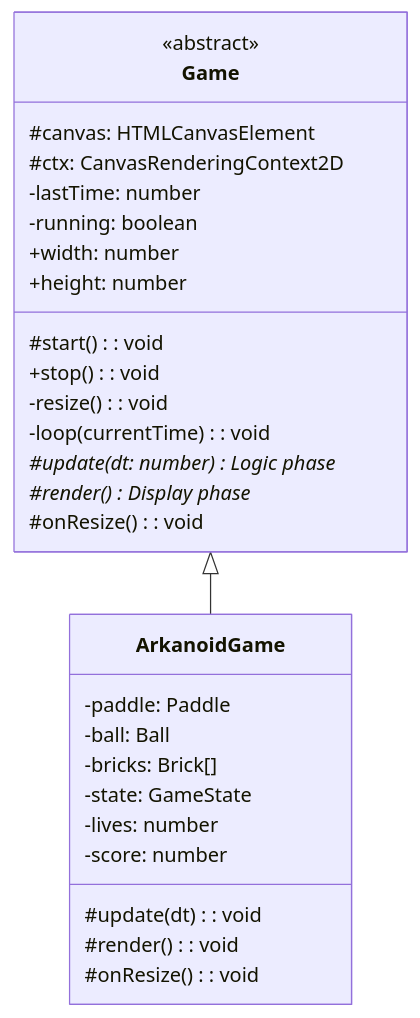
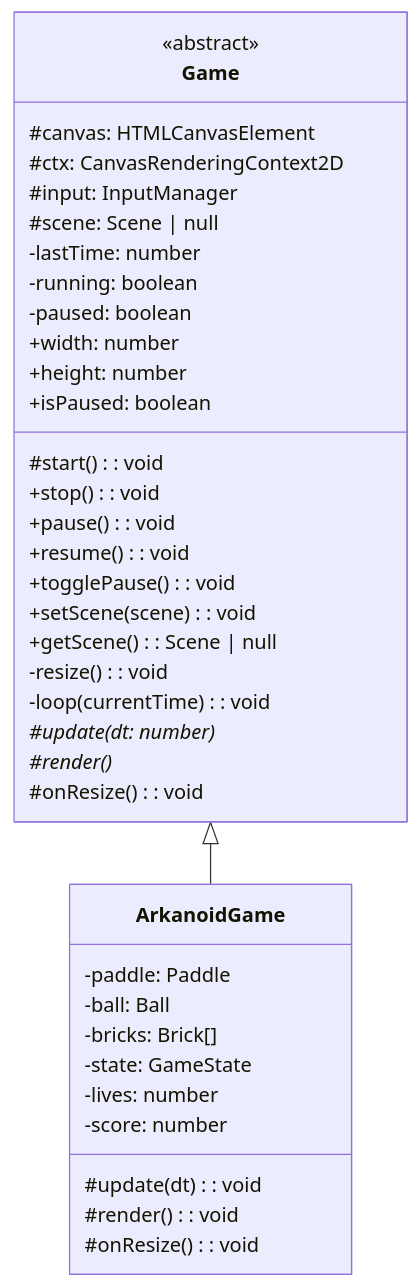
The third of 10 diagrams in game-scaffold/docs/infrastructure_design.md (bogdancoronado/canvas_game_scaffolding), drawn with Mermaid before and after one commit. The commit also changed other lines of this file and 6 other files, not shown here.

Commit message:
feat: Integrate `InputManager` into `Game` base class, implement game pause functionality, and prevent default browser actions for game keys.

````diff
--- a/game-scaffold/docs/infrastructure_design.md
+++ b/game-scaffold/docs/infrastructure_design.md
@@ -246,33 +246,42 @@
 ```mermaid
 classDiagram
     class Game {
         <<abstract>>
         #canvas: HTMLCanvasElement
         #ctx: CanvasRenderingContext2D
+        #input: InputManager
+        #scene: Scene | null
         -lastTime: number
         -running: boolean
+        -paused: boolean
         +width: number
         +height: number
+        +isPaused: boolean
         #start(): void
         +stop(): void
+        +pause(): void
+        +resume(): void
+        +togglePause(): void
+        +setScene(scene): void
+        +getScene(): Scene | null
         -resize(): void
         -loop(currentTime): void
-        #update(dt: number)* Logic phase
-        #render()* Display phase
+        #update(dt: number)*
+        #render()*
         #onResize(): void
     }
 
     class ArkanoidGame {
         -paddle: Paddle
         -ball: Ball
         -bricks: Brick[]
         -state: GameState
         -lives: number
         -score: number
         #update(dt): void
         #render(): void
         #onResize(): void
     }
 
     Game <|-- ArkanoidGame
 ```
````
